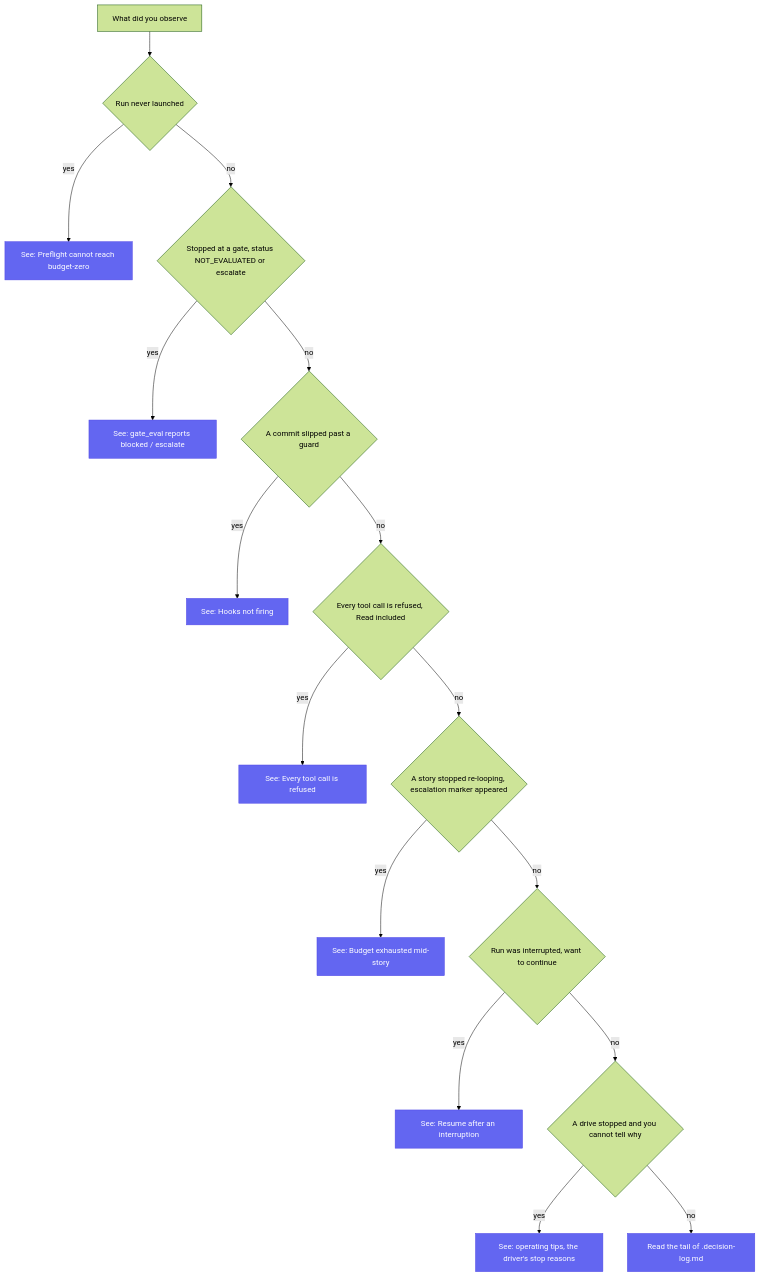
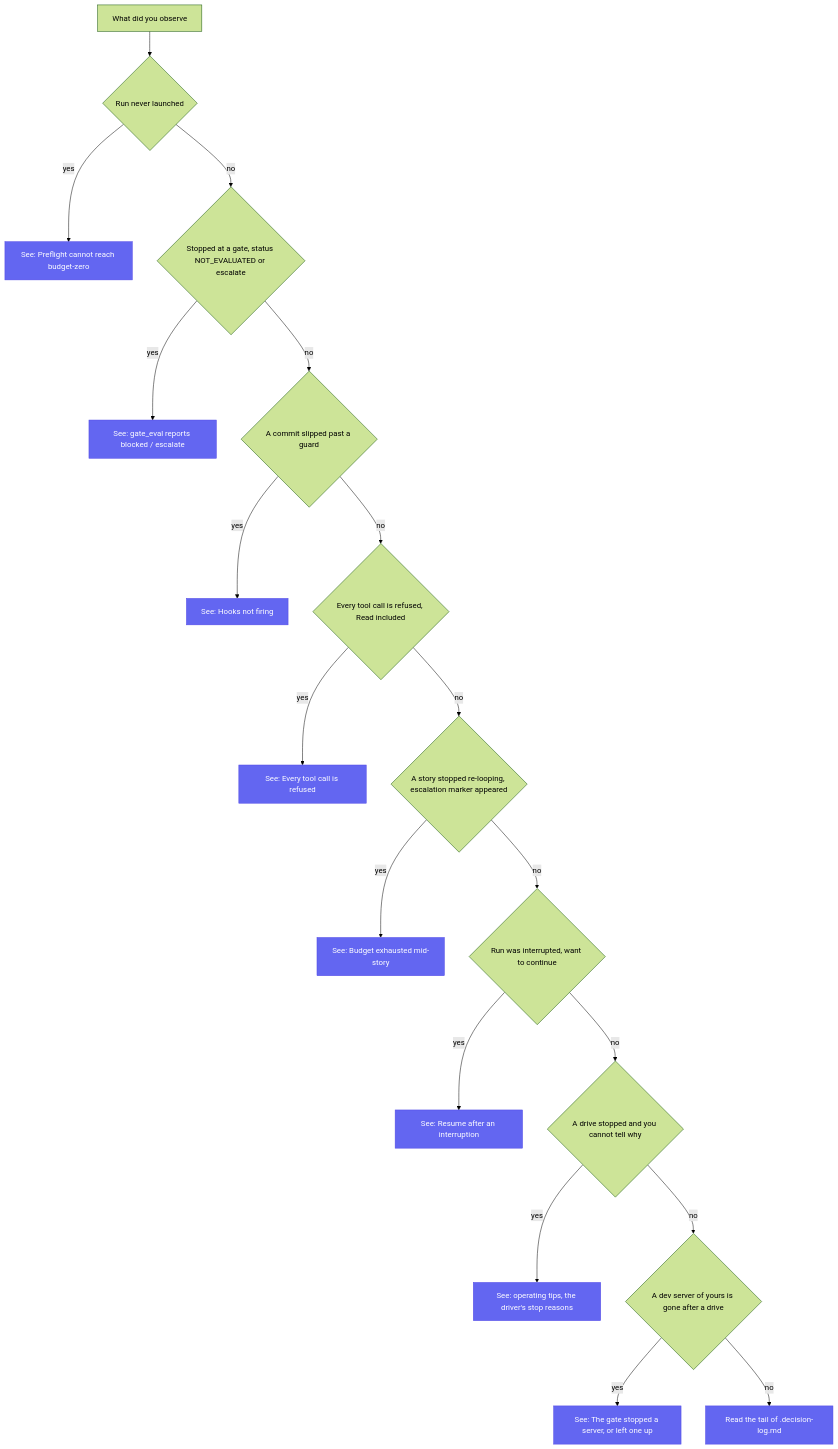
Before and after one commit to armelhbobdad/bmad-module-ultracode-goal: the diagram in docs/troubleshooting.md, drawn with Mermaid (forest theme). The commit also changed other lines of this file and 8 other files, not shown here.

````diff
--- a/docs/troubleshooting.md
+++ b/docs/troubleshooting.md
@@ -12,20 +12,22 @@
 ```mermaid
 flowchart TD
     S["What did you observe"] --> P{"Run never launched"}
     P -->|"yes"| PRE["See: Preflight cannot reach budget-zero"]
     P -->|"no"| G{"Stopped at a gate, status NOT_EVALUATED or escalate"}
     G -->|"yes"| GATE["See: gate_eval reports blocked / escalate"]
     G -->|"no"| H{"A commit slipped past a guard"}
     H -->|"yes"| HOOK["See: Hooks not firing"]
     H -->|"no"| X{"Every tool call is refused, Read included"}
     X -->|"yes"| REF["See: Every tool call is refused"]
     X -->|"no"| B{"A story stopped re-looping, escalation marker appeared"}
     B -->|"yes"| BUD["See: Budget exhausted mid-story"]
     B -->|"no"| R{"Run was interrupted, want to continue"}
     R -->|"yes"| RES["See: Resume after an interruption"]
     R -->|"no"| D{"A drive stopped and you cannot tell why"}
     D -->|"yes"| OPS["See: operating tips, the driver's stop reasons"]
-    D -->|"no"| LOG["Read the tail of .decision-log.md"]
+    D -->|"no"| V{"A dev server of yours is gone after a drive"}
+    V -->|"yes"| SRV["See: The gate stopped a server, or left one up"]
+    V -->|"no"| LOG["Read the tail of .decision-log.md"]
     classDef accent fill:#6366F1,stroke:#4F46E5,color:#fff
-    class PRE,GATE,HOOK,REF,BUD,RES,OPS,LOG accent
+    class PRE,GATE,HOOK,REF,BUD,RES,OPS,SRV,LOG accent
 ```
````
